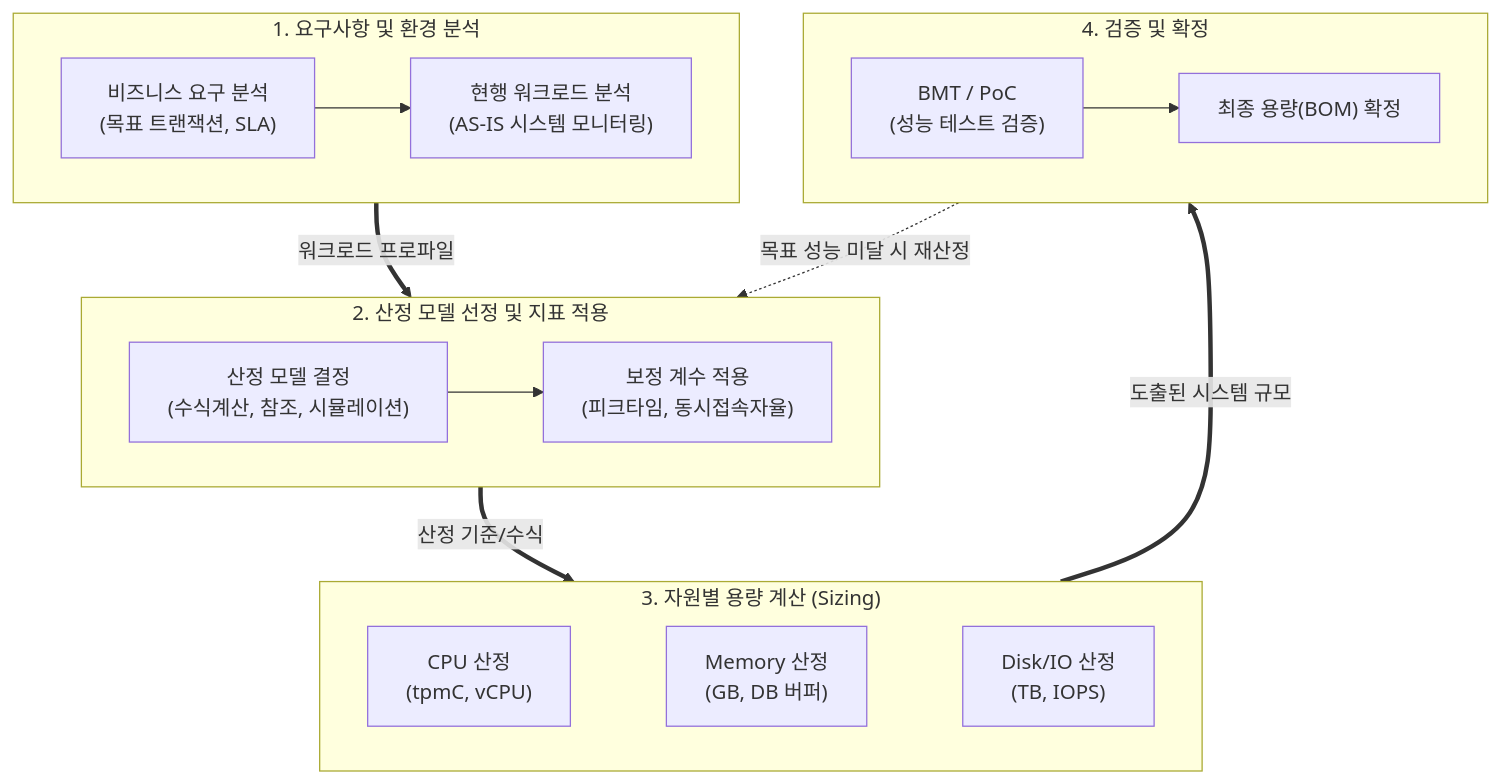
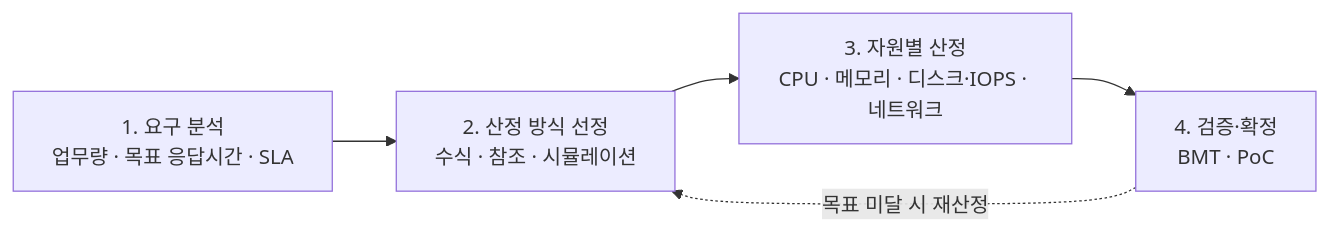
The diagram in content/01_IT Tech/용량산정.md (supremethumb/supremethumb.github.io), drawn with Mermaid before and after one commit. The commit also changed other lines of this file and 1087 other files, not shown here.

````diff
--- a/content/01_IT Tech/용량산정.md
+++ b/content/01_IT Tech/용량산정.md
@@ -27,37 +35,7 @@
 ```mermaid
-flowchart TB
-    subgraph Phase1 ["1. 요구사항 및 환경 분석"]
-        direction LR
-        Req["비즈니스 요구 분석<br/>(목표 트랜잭션, SLA)"]
-        Env["현행 워크로드 분석<br/>(AS-IS 시스템 모니터링)"]
-        Req --> Env
-    end
-
-    subgraph Phase2 ["2. 산정 모델 선정 및 지표 적용"]
-        direction LR
-        Model["산정 모델 결정<br/>(수식계산, 참조, 시뮬레이션)"]
-        Factor["보정 계수 적용<br/>(피크타임, 동시접속자율)"]
-        Model --> Factor
-    end
-
-    subgraph Phase3 ["3. 자원별 용량 계산 (Sizing)"]
-        direction LR
-        CPU["CPU 산정<br/>(tpmC, vCPU)"]
-        MEM["Memory 산정<br/>(GB, DB 버퍼)"]
-        DISK["Disk/IO 산정<br/>(TB, IOPS)"]
-        CPU ~~~ MEM ~~~ DISK
-    end
-
-    subgraph Phase4 ["4. 검증 및 확정"]
-        direction LR
-        BMT["BMT / PoC<br/>(성능 테스트 검증)"]
-        Final["최종 용량(BOM) 확정"]
-        BMT --> Final
-    end
-
-    Phase1 ==>|"워크로드 프로파일"| Phase2
-    Phase2 ==>|"산정 기준/수식"| Phase3
-    Phase3 ==>|"도출된 시스템 규모"| Phase4
-    Phase4 -. "목표 성능 미달 시 재산정" .-> Phase2
-
+flowchart LR
+    R["1. 요구 분석<br/>업무량 · 목표 응답시간 · SLA"] --> M["2. 산정 방식 선정<br/>수식 · 참조 · 시뮬레이션"]
+    M --> C["3. 자원별 산정<br/>CPU · 메모리 · 디스크·IOPS · 네트워크"]
+    C --> V["4. 검증·확정<br/>BMT · PoC"]
+    V -. "목표 미달 시 재산정" .-> M
 ```
````
